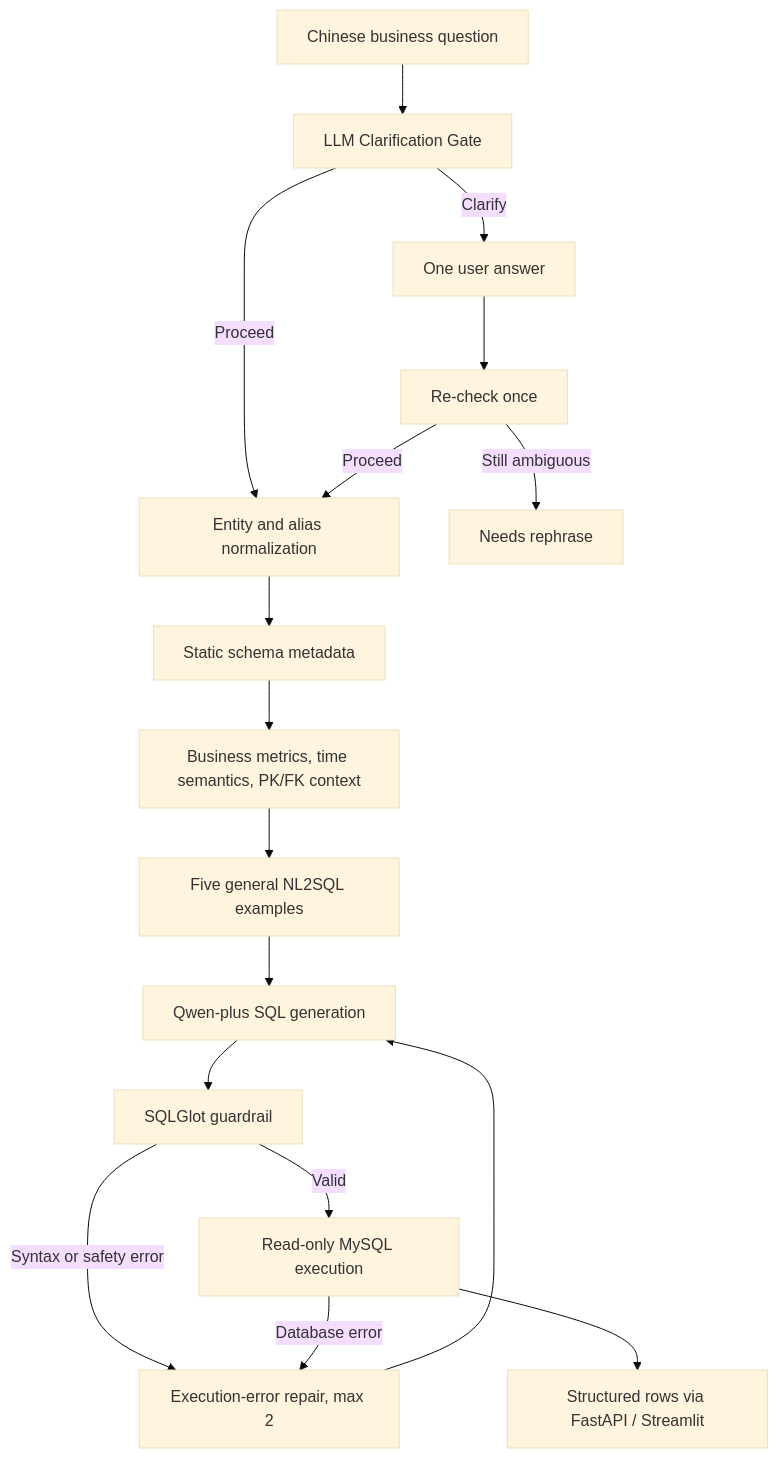
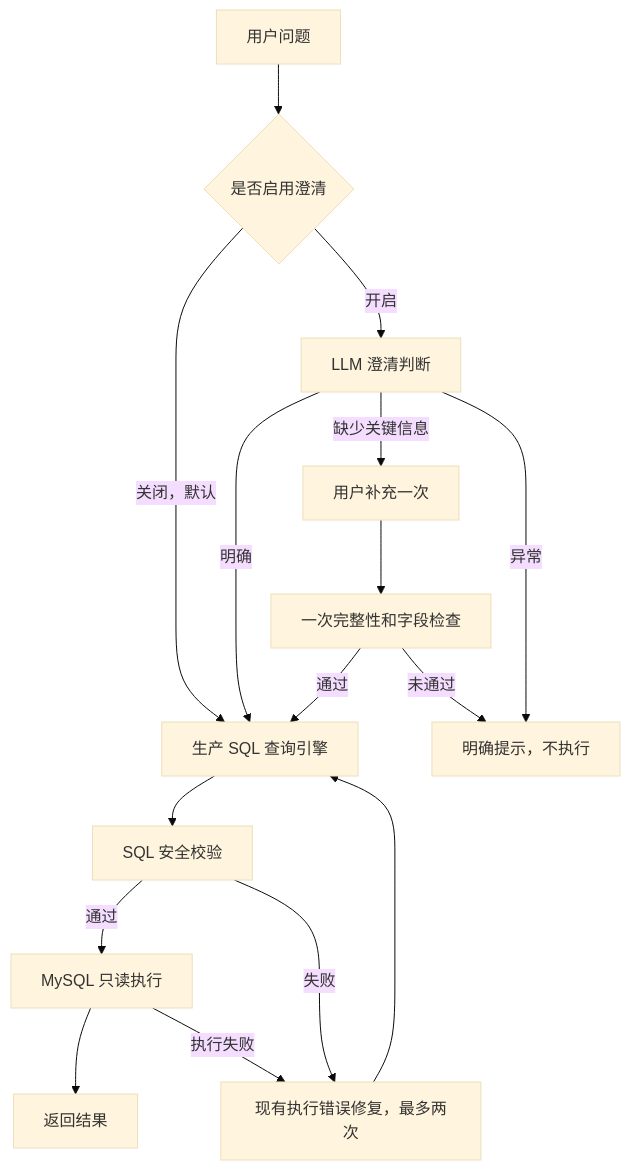
The diagram in README.md (jinxi0407/agentic-data-analyst), drawn with Mermaid (base theme) before and after one commit. The commit also changed other lines of this file and 13 other files, not shown here.

````diff
--- a/README.md
+++ b/README.md
@@ -31,19 +18,18 @@
 ```mermaid
 flowchart TD
-    Q[Chinese business question] --> CG[LLM Clarification Gate]
-    CG -->|Proceed| N[Entity and alias normalization]
-    CG -->|Clarify| U[One user answer]
-    U --> RC[Re-check once]
-    RC -->|Proceed| N
-    RC -->|Still ambiguous| NR[Needs rephrase]
-    N --> C[Static schema metadata]
-    C --> S[Business metrics, time semantics, PK/FK context]
-    S --> F[Five general NL2SQL examples]
-    F --> L[Qwen-plus SQL generation]
-    L --> G[SQLGlot guardrail]
-    G -->|Valid| D[Read-only MySQL execution]
-    G -->|Syntax or safety error| R[Execution-error repair, max 2]
-    D -->|Database error| R
-    R --> L
-    D --> O[Structured rows via FastAPI / Streamlit]
+    U[用户问题] --> M{是否启用澄清}
+    M -->|关闭，默认| Q[生产 SQL 查询引擎]
+    M -->|开启| G[LLM 澄清判断]
+    G -->|明确| Q
+    G -->|缺少关键信息| A[用户补充一次]
+    A --> C[一次完整性和字段检查]
+    C -->|通过| Q
+    C -->|未通过| E[明确提示，不执行]
+    G -->|异常| E
+    Q --> S[SQL 安全校验]
+    S -->|通过| D[MySQL 只读执行]
+    D --> R[返回结果]
+    S -->|失败| X[现有执行错误修复，最多两次]
+    D -->|执行失败| X
+    X --> Q
 ```
````
